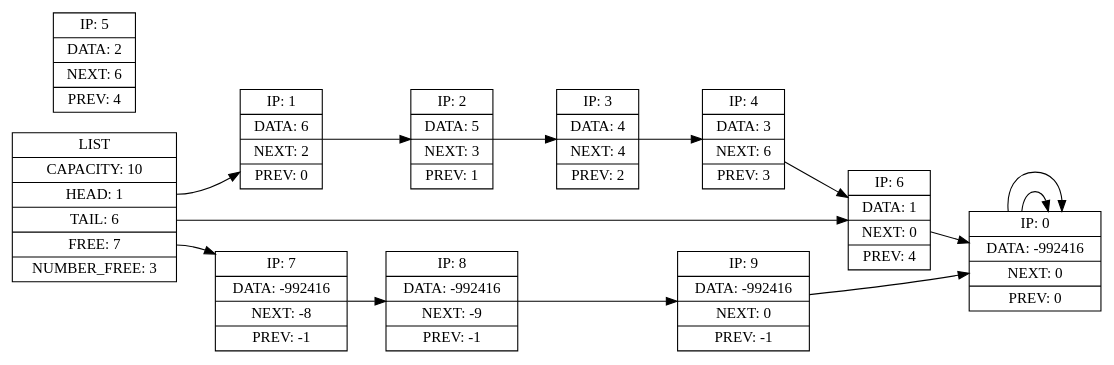
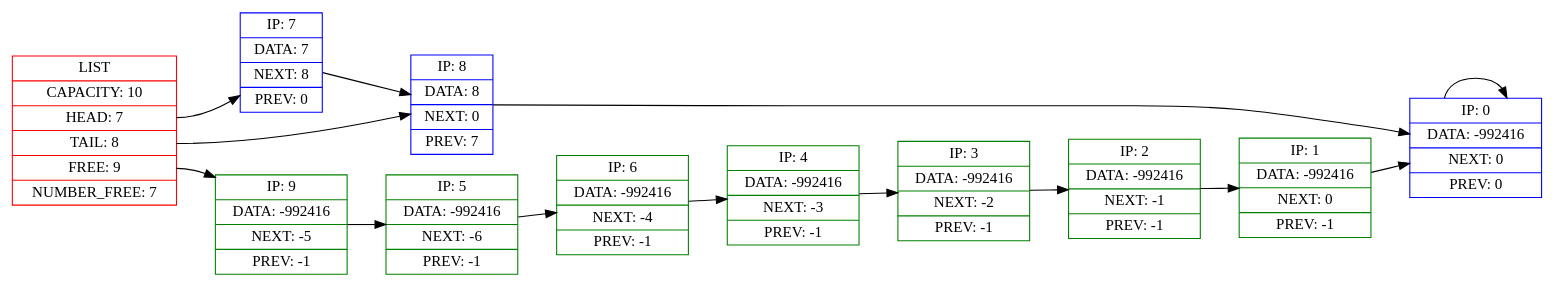
Before and after one commit to Samircubic/list: the diagram in list/data/log.dot, drawn with Graphviz. The commit also changed 11 other files, not shown here.

```diff
--- a/list/data/log.dot
+++ b/list/data/log.dot
@@ -1,20 +1,20 @@
 digraph G{
 	rankdir=LR;
-	elem_list [shape=record, label= "LIST | CAPACITY: 10 | <f_head> HEAD: 1 | <f_tail> TAIL: 6 | <f_free> FREE: 7 | NUMBER_FREE: 3"];
-	elem_0 [shape=record, label= "IP: 0 | DATA: -992416| NEXT: 0| PREV: 0"];
-	elem_1 [shape=record, label= "IP: 1 | DATA: 6| NEXT: 2| PREV: 0"];
-	elem_2 [shape=record, label= "IP: 2 | DATA: 5| NEXT: 3| PREV: 1"];
-	elem_3 [shape=record, label= "IP: 3 | DATA: 4| NEXT: 4| PREV: 2"];
-	elem_4 [shape=record, label= "IP: 4 | DATA: 3| NEXT: 6| PREV: 3"];
-	elem_5 [shape=record, label= "IP: 5 | DATA: 2| NEXT: 6| PREV: 4"];
-	elem_6 [shape=record, label= "IP: 6 | DATA: 1| NEXT: 0| PREV: 4"];
-	elem_7 [shape=record, label= "IP: 7 | DATA: -992416| NEXT: -8| PREV: -1"];
-	elem_8 [shape=record, label= "IP: 8 | DATA: -992416| NEXT: -9| PREV: -1"];
-	elem_9 [shape=record, label= "IP: 9 | DATA: -992416| NEXT: 0| PREV: -1"];
+	elem_list [color = "red",shape=record, label= "LIST | CAPACITY: 10 | <f_head> HEAD: 7 | <f_tail> TAIL: 8 | <f_free> FREE: 9 | NUMBER_FREE: 7"];
+	elem_0 [color = "blue", shape=record, label= "IP: 0 | DATA: -992416| NEXT: 0| PREV: 0"];
+	elem_1 [color = "green", shape=record, label= "IP: 1 | DATA: -992416| NEXT: 0| PREV: -1"];
+	elem_2 [color = "green", shape=record, label= "IP: 2 | DATA: -992416| NEXT: -1| PREV: -1"];
+	elem_3 [color = "green", shape=record, label= "IP: 3 | DATA: -992416| NEXT: -2| PREV: -1"];
+	elem_4 [color = "green", shape=record, label= "IP: 4 | DATA: -992416| NEXT: -3| PREV: -1"];
+	elem_5 [color = "green", shape=record, label= "IP: 5 | DATA: -992416| NEXT: -6| PREV: -1"];
+	elem_6 [color = "green", shape=record, label= "IP: 6 | DATA: -992416| NEXT: -4| PREV: -1"];
+	elem_7 [color = "blue", shape=record, label= "IP: 7 | DATA: 7| NEXT: 8| PREV: 0"];
+	elem_8 [color = "blue", shape=record, label= "IP: 8 | DATA: 8| NEXT: 0| PREV: 7"];
+	elem_9 [color = "green", shape=record, label= "IP: 9 | DATA: -992416| NEXT: -5| PREV: -1"];
 	elem_0 -> elem_0;
-	elem_list:<f_free> -> elem_7;
-	elem_7 -> elem_8 -> elem_9 -> elem_0;
-	elem_list:<f_head> -> elem_1;
-	elem_list:<f_tail> -> elem_6;
-	elem_1 -> elem_2 -> elem_3 -> elem_4 -> elem_6 -> elem_0 -> elem_0;
+	elem_list:<f_free> -> elem_9;
+	elem_9 -> elem_5 -> elem_6 -> elem_4 -> elem_3 -> elem_2 -> elem_1 -> elem_0;
+	elem_list:<f_head> -> elem_7;
+	elem_list:<f_tail> -> elem_8;
+	elem_7 -> elem_8 -> elem_0;
 }
```
